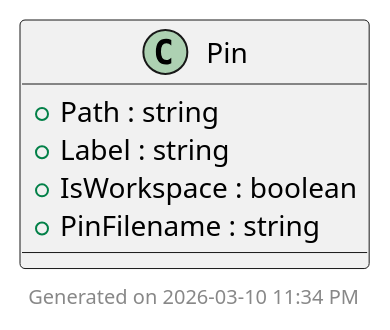
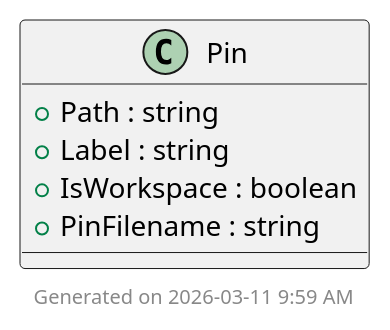
The diagram in design/ClassGen.puml (pcleckler/vscode-jumplist-pcleckler.github.com), drawn with PlantUML before and after one commit. The commit also changed 1 other file, not shown here.

```diff
--- a/design/ClassGen.puml
+++ b/design/ClassGen.puml
@@ -1,14 +1,14 @@
 
 ' Generated by ClassGen.PlantUmlDiagram code generator.
 
 '-----------------------------------------------
 
 class Pin {
   +Path : string
   +Label : string
   +IsWorkspace : boolean
   +PinFilename : string
 }
 
 
-footer Generated on 2026-03-10 11:34 PM
+footer Generated on 2026-03-11 9:59 AM
```
